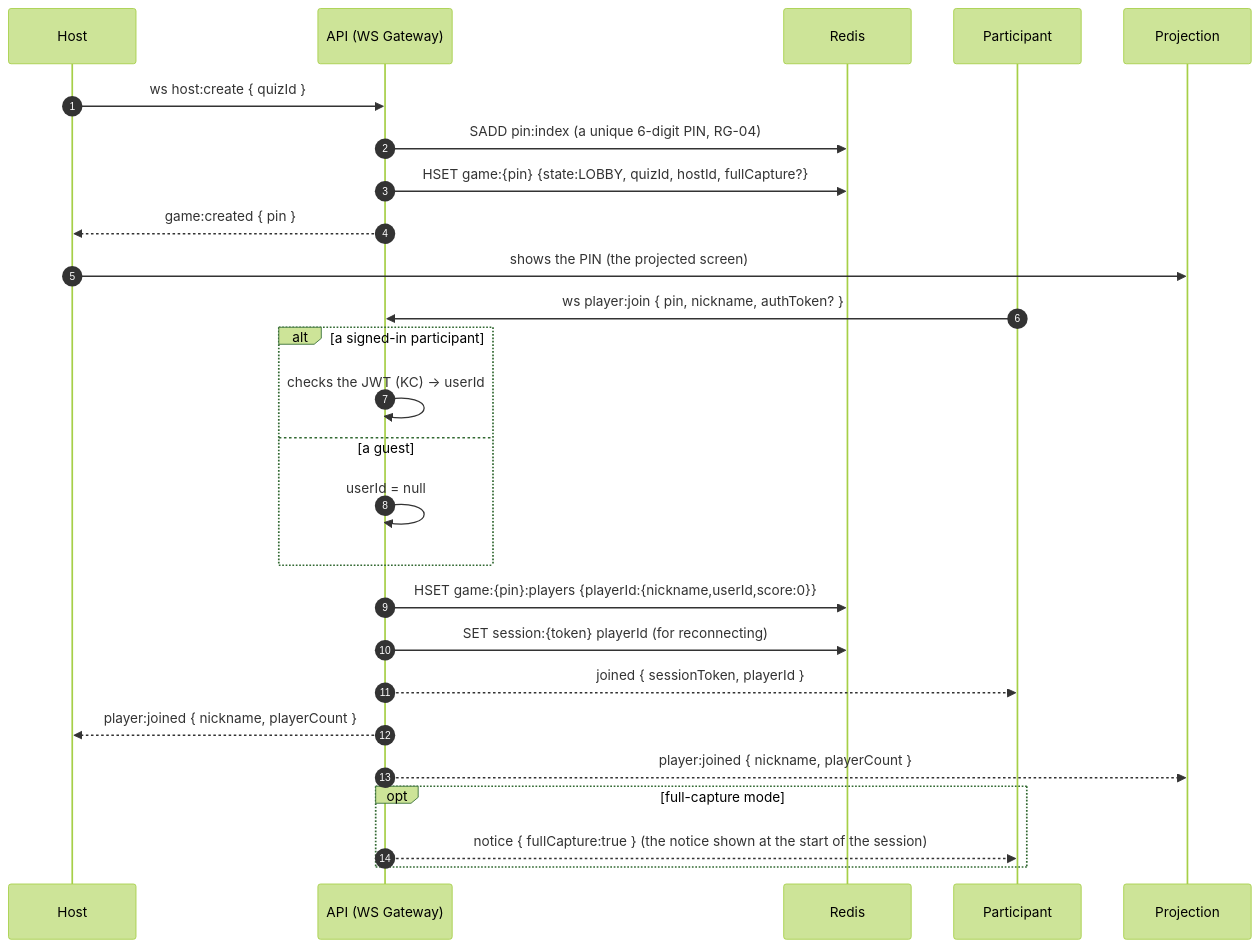
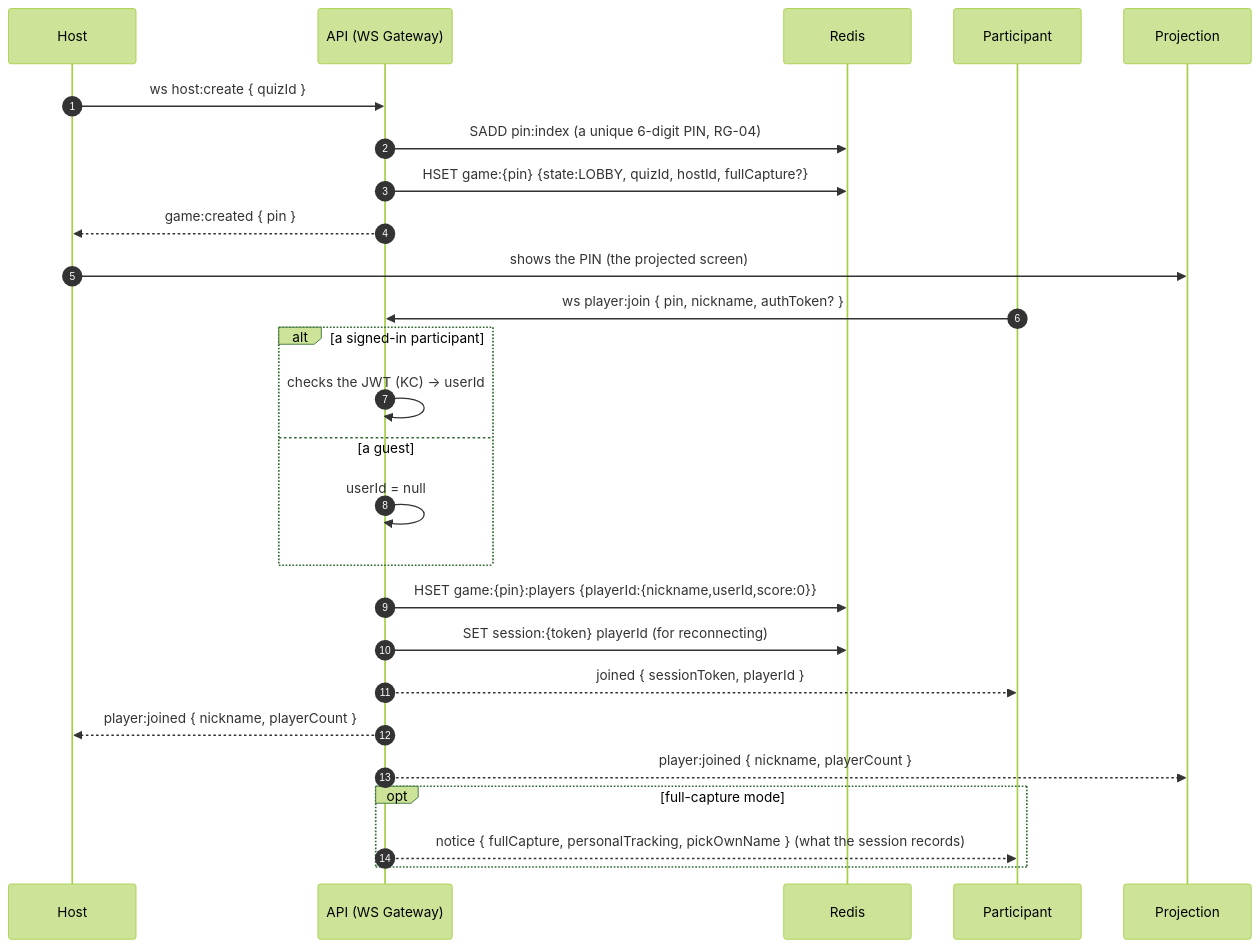
Before and after one commit to quizdock/quiz-dock: the second of 7 diagrams in specifications/SPECIFICATIONS-SEQUENCES.md, drawn with Mermaid (forest theme). The commit also changed other lines of this file and 39 other files, not shown here.

First line of the commit message:
feat(game): add personalised tracking and the chosen display name (#38)

````diff
--- a/specifications/SPECIFICATIONS-SEQUENCES.md
+++ b/specifications/SPECIFICATIONS-SEQUENCES.md
@@ -41,30 +41,30 @@
 ```mermaid
 sequenceDiagram
     autonumber
     participant F as Host
     participant API as API (WS Gateway)
     participant R as Redis
     participant A as Participant
     participant P as Projection
 
     F->>API: ws host:create { quizId }
     API->>R: SADD pin:index (a unique 6-digit PIN, RG-04)
     API->>R: HSET game:{pin} {state:LOBBY, quizId, hostId, fullCapture?}
     API-->>F: game:created { pin }
     F->>P: shows the PIN (the projected screen)
 
     A->>API: ws player:join { pin, nickname, authToken? }
     alt a signed-in participant
         API->>API: checks the JWT (KC) → userId
     else a guest
         API->>API: userId = null
     end
     API->>R: HSET game:{pin}:players {playerId:{nickname,userId,score:0}}
     API->>R: SET session:{token} playerId (for reconnecting)
     API-->>A: joined { sessionToken, playerId }
     API-->>F: player:joined { nickname, playerCount }
     API-->>P: player:joined { nickname, playerCount }
     opt full-capture mode
-        API-->>A: notice { fullCapture:true } (the notice shown at the start of the session)
+        API-->>A: notice { fullCapture, personalTracking, pickOwnName } (what the session records)
     end
 ```
````
